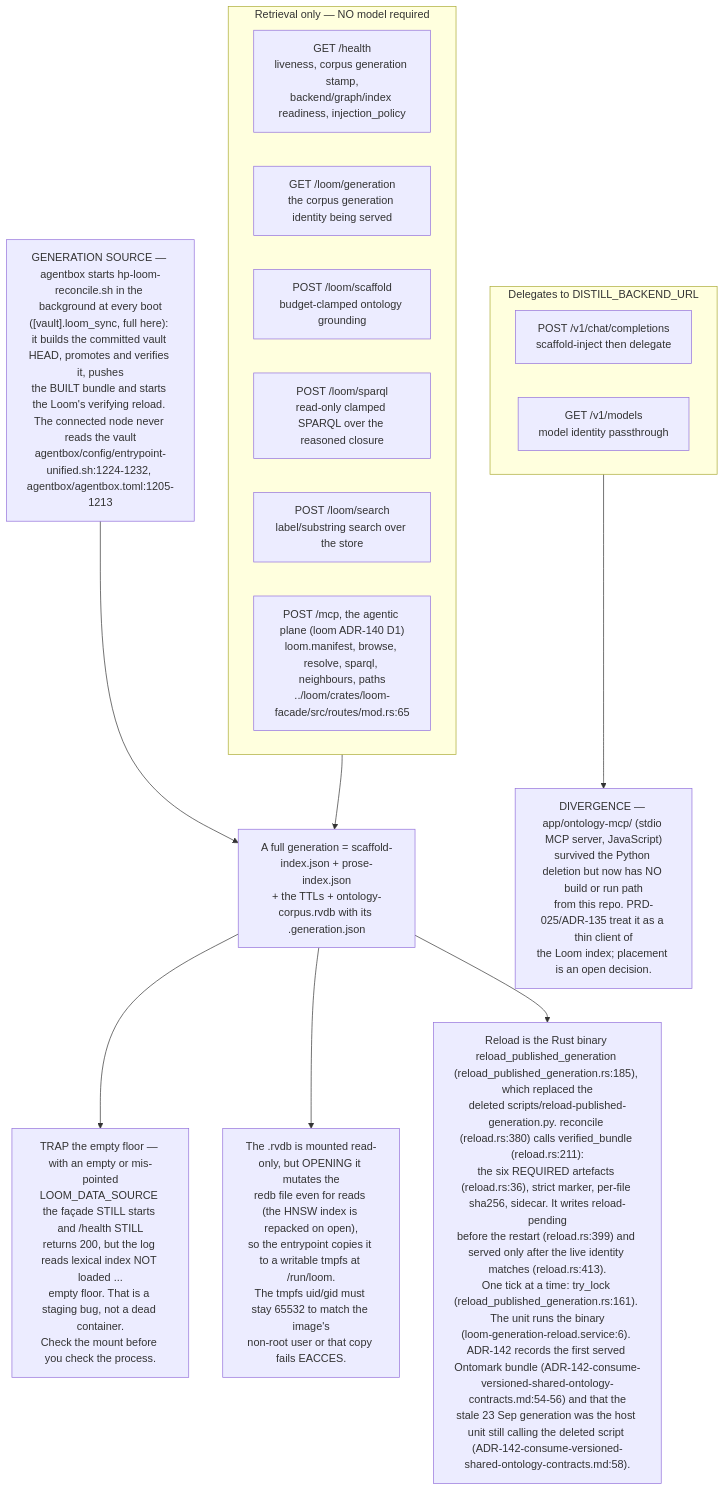
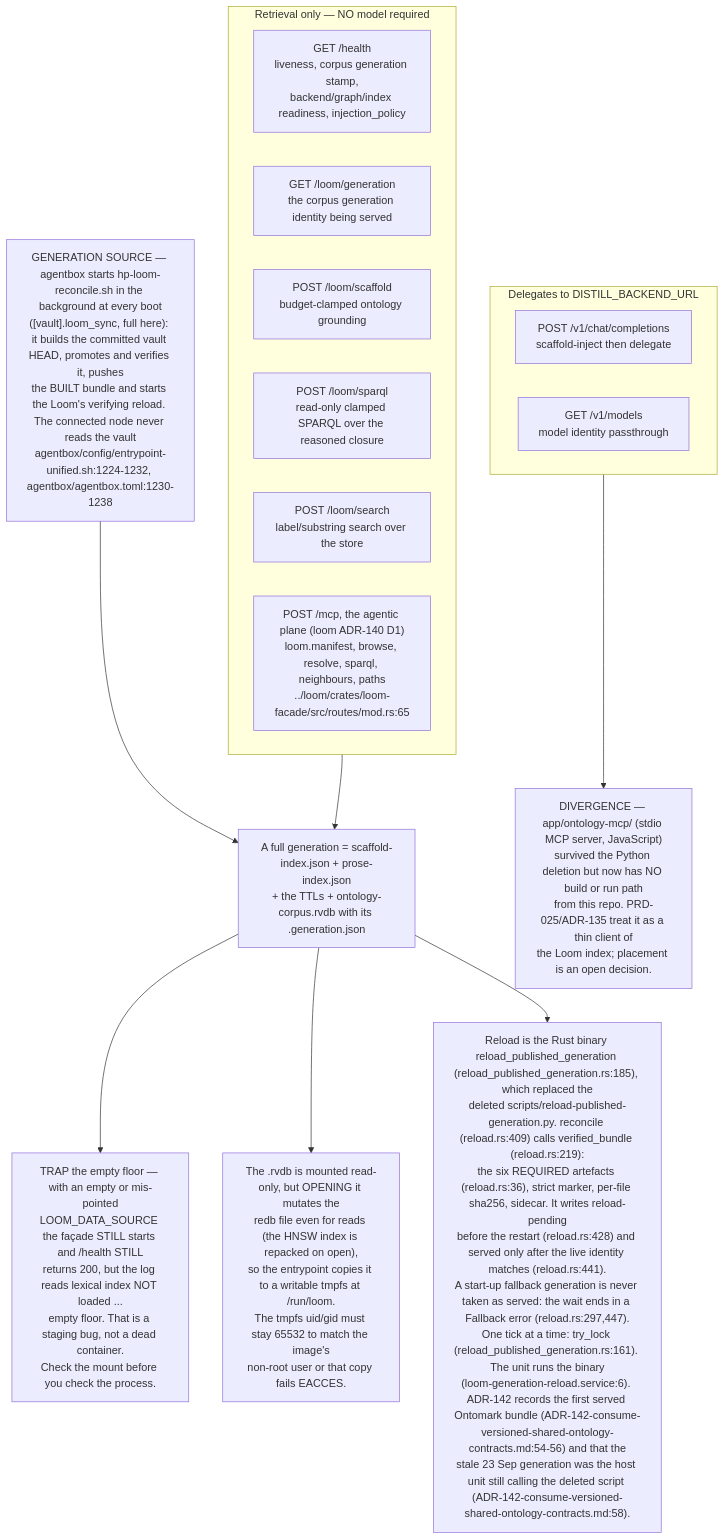
The sixth of 11 diagrams in docs/diagrams/estate/06-loom-and-email-privacy-path.md (DreamLab-AI/VisionFlow), drawn with Mermaid before and after one commit. The commit also changed other lines of this file and 6 other files, not shown here.

````diff
--- a/docs/diagrams/estate/06-loom-and-email-privacy-path.md
+++ b/docs/diagrams/estate/06-loom-and-email-privacy-path.md
@@ -207,29 +207,29 @@
 ```mermaid
 flowchart TB
     subgraph nomodel["Retrieval only — NO model required"]
         E1["GET /health<br/>liveness, corpus generation stamp,<br/>backend/graph/index readiness, injection_policy"]
         E2["GET /loom/generation<br/>the corpus generation identity being served"]
         E3["POST /loom/scaffold<br/>budget-clamped ontology grounding"]
         E4["POST /loom/sparql<br/>read-only clamped SPARQL over the reasoned closure"]
         E5["POST /loom/search<br/>label/substring search over the store"]
         E8["POST /mcp, the agentic plane (loom ADR-140 D1)<br/>loom.manifest, browse, resolve, sparql, neighbours, paths<br/>../loom/crates/loom-facade/src/routes/mod.rs:65"]
     end
     subgraph needsmodel["Delegates to DISTILL_BACKEND_URL"]
         E6["POST /v1/chat/completions<br/>scaffold-inject then delegate"]
         E7["GET /v1/models<br/>model identity passthrough"]
     end
     GEN["A full generation = scaffold-index.json + prose-index.json<br/>+ the TTLs + ontology-corpus.rvdb with its .generation.json"]
     T1["TRAP the empty floor — with an empty or mis-pointed<br/>LOOM_DATA_SOURCE the façade STILL starts and /health STILL<br/>returns 200, but the log reads lexical index NOT loaded ...<br/>empty floor. That is a staging bug, not a dead container.<br/>Check the mount before you check the process."]
     T2["The .rvdb is mounted read-only, but OPENING it mutates the<br/>redb file even for reads (the HNSW index is repacked on open),<br/>so the entrypoint copies it to a writable tmpfs at /run/loom.<br/>The tmpfs uid/gid must stay 65532 to match the image's<br/>non-root user or that copy fails EACCES."]
-    D1["Reload is the Rust binary reload_published_generation (reload_published_generation.rs:185), which replaced the<br/>deleted scripts/reload-published-generation.py. reconcile (reload.rs:380) calls verified_bundle (reload.rs:211):<br/>the six REQUIRED artefacts (reload.rs:36), strict marker, per-file sha256, sidecar. It writes reload-pending<br/>before the restart (reload.rs:399) and served only after the live identity matches (reload.rs:413).<br/>One tick at a time: try_lock (reload_published_generation.rs:161). The unit runs the binary<br/>(loom-generation-reload.service:6). ADR-142 records the first served Ontomark bundle (ADR-142-consume-versioned-shared-ontology-contracts.md:54-56) and that the<br/>stale 23 Sep generation was the host unit still calling the deleted script (ADR-142-consume-versioned-shared-ontology-contracts.md:58)."]
+    D1["Reload is the Rust binary reload_published_generation (reload_published_generation.rs:185), which replaced the<br/>deleted scripts/reload-published-generation.py. reconcile (reload.rs:409) calls verified_bundle (reload.rs:219):<br/>the six REQUIRED artefacts (reload.rs:36), strict marker, per-file sha256, sidecar. It writes reload-pending<br/>before the restart (reload.rs:428) and served only after the live identity matches (reload.rs:441).<br/>A start-up fallback generation is never taken as served: the wait ends in a Fallback error (reload.rs:297,447).<br/>One tick at a time: try_lock (reload_published_generation.rs:161). The unit runs the binary<br/>(loom-generation-reload.service:6). ADR-142 records the first served Ontomark bundle (ADR-142-consume-versioned-shared-ontology-contracts.md:54-56) and that the<br/>stale 23 Sep generation was the host unit still calling the deleted script (ADR-142-consume-versioned-shared-ontology-contracts.md:58)."]
     D2["DIVERGENCE — app/ontology-mcp/ (stdio MCP server, JavaScript)<br/>survived the Python deletion but now has NO build or run path<br/>from this repo. PRD-025/ADR-135 treat it as a thin client of<br/>the Loom index; placement is an open decision."]
 
-    RECON["GENERATION SOURCE — agentbox starts hp-loom-reconcile.sh in the background at every boot<br/>([vault].loom_sync, full here): it builds the committed vault HEAD, promotes and verifies it, pushes<br/>the BUILT bundle and starts the Loom's verifying reload. The connected node never reads the vault<br/>agentbox/config/entrypoint-unified.sh:1224-1232, agentbox/agentbox.toml:1205-1213"]
+    RECON["GENERATION SOURCE — agentbox starts hp-loom-reconcile.sh in the background at every boot<br/>([vault].loom_sync, full here): it builds the committed vault HEAD, promotes and verifies it, pushes<br/>the BUILT bundle and starts the Loom's verifying reload. The connected node never reads the vault<br/>agentbox/config/entrypoint-unified.sh:1224-1232, agentbox/agentbox.toml:1230-1238"]
 
     nomodel --> GEN
     RECON --> GEN
     GEN --> T1
     GEN --> T2
     GEN --> D1
     needsmodel --> D2
 ```
````
